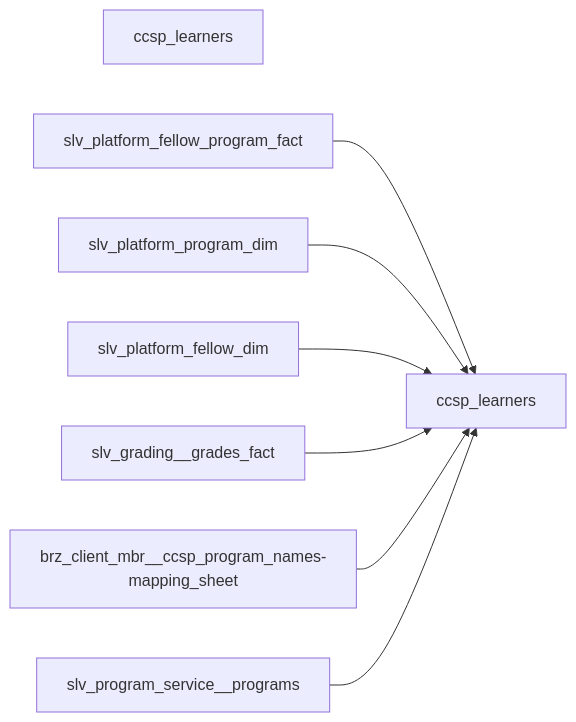
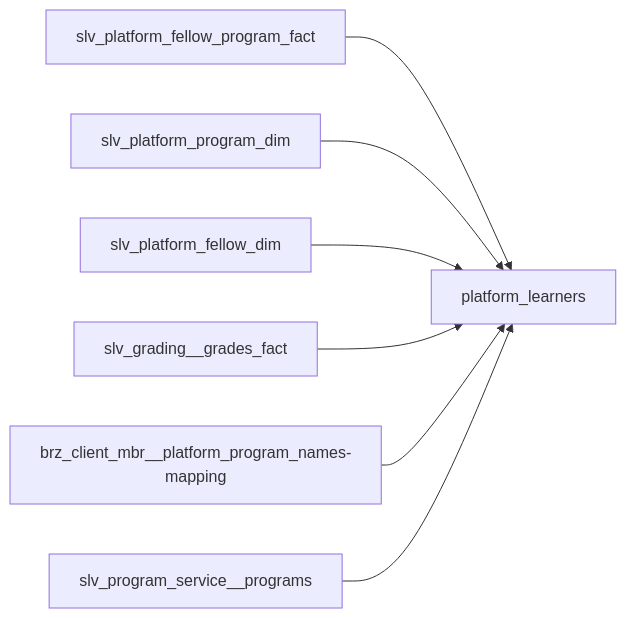
One commit to jealberton/dbt-portfolio changed the second of 3 diagrams in docs/client_mbr_README.md. Above: the diagram before and after it, drawn with Mermaid.

Commit message:
Update client_mbr_README.md
fix names

````diff
--- a/docs/client_mbr_README.md
+++ b/docs/client_mbr_README.md
@@ -28,10 +28,10 @@
   ```mermaid
         graph LR
-          platform_learners["ccsp_learners"]
-          slv_platform_fellow_program_fact --> ccsp_learners
-          slv_platform_program_dim --> ccsp_learners
-          slv_platform_fellow_dim --> ccsp_learners
-          slv_grading__grades_fact --> ccsp_learners
-          brz_client_mbr__ccsp_program_names-mapping_sheet --> ccsp_learners
-          slv_program_service__programs --> ccsp_learners
+          platform_learners["platform_learners"]
+          slv_platform_fellow_program_fact --> platform_learners
+          slv_platform_program_dim --> platform_learners
+          slv_platform_fellow_dim --> platform_learners
+          slv_grading__grades_fact --> platform_learners
+          brz_client_mbr__platform_program_names-mapping --> platform_learners
+          slv_program_service__programs --> platform_learners
   ```
````
